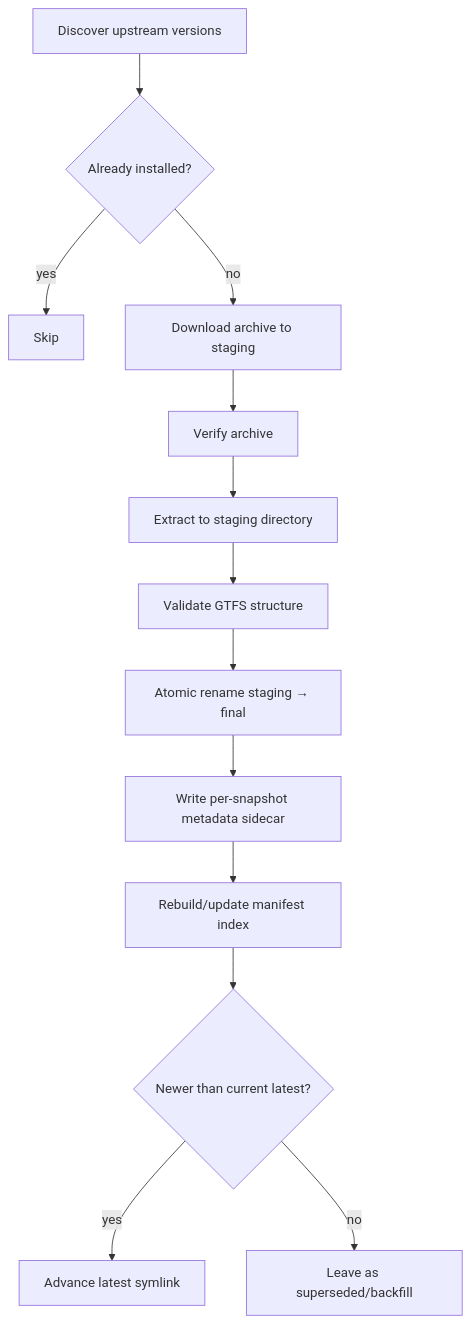
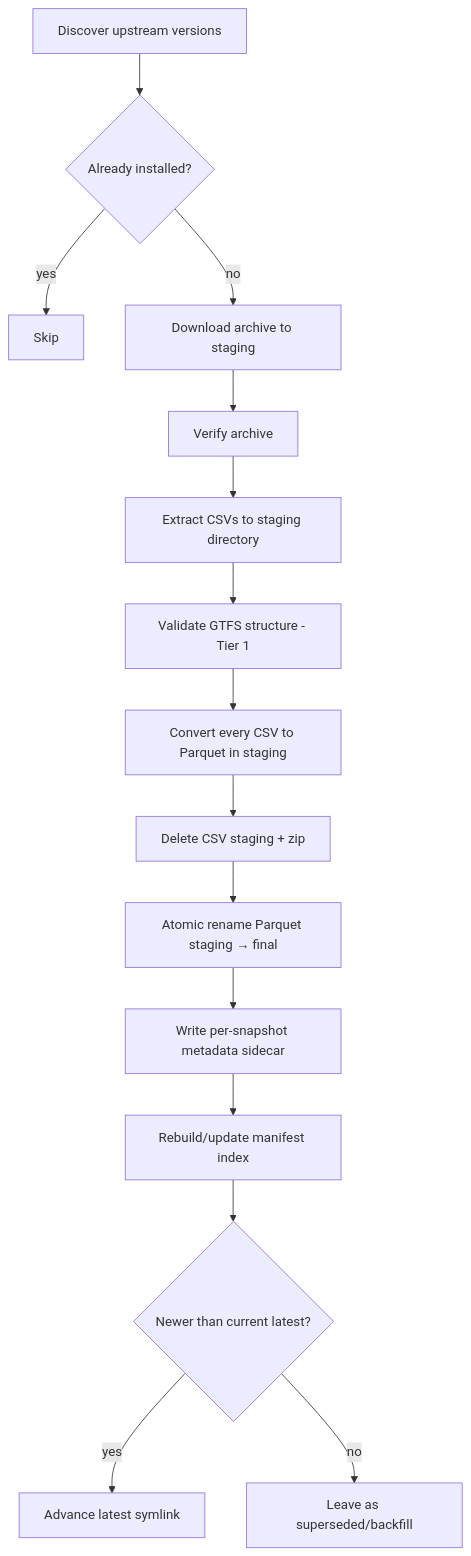
The first of 2 diagrams in docs/design/gtfs-static-auto-downloader.md (Shreyas-Agarwal/transit-intelligence), drawn with Mermaid before and after one commit. The commit also changed other lines of this file and 30 other files, not shown here.

````diff
--- a/docs/design/gtfs-static-auto-downloader.md
+++ b/docs/design/gtfs-static-auto-downloader.md
@@ -76,15 +76,17 @@
 ```mermaid
 flowchart TD
     A[Discover upstream versions] --> B{Already installed?}
     B -- yes --> Z[Skip]
     B -- no --> C[Download archive to staging]
     C --> D[Verify archive]
-    D --> E[Extract to staging directory]
-    E --> F[Validate GTFS structure]
-    F --> G[Atomic rename staging → final]
-    G --> H[Write per-snapshot metadata sidecar]
-    H --> I[Rebuild/update manifest index]
-    I --> J{Newer than current latest?}
-    J -- yes --> K[Advance latest symlink]
-    J -- no --> L[Leave as superseded/backfill]
+    D --> E[Extract CSVs to staging directory]
+    E --> F[Validate GTFS structure - Tier 1]
+    F --> G[Convert every CSV to Parquet in staging]
+    G --> H[Delete CSV staging + zip]
+    H --> I[Atomic rename Parquet staging → final]
+    I --> J[Write per-snapshot metadata sidecar]
+    J --> K[Rebuild/update manifest index]
+    K --> L{Newer than current latest?}
+    L -- yes --> M[Advance latest symlink]
+    L -- no --> N[Leave as superseded/backfill]
 ```
````
